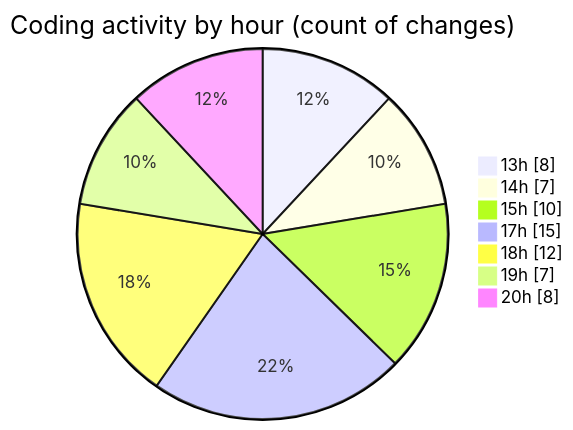
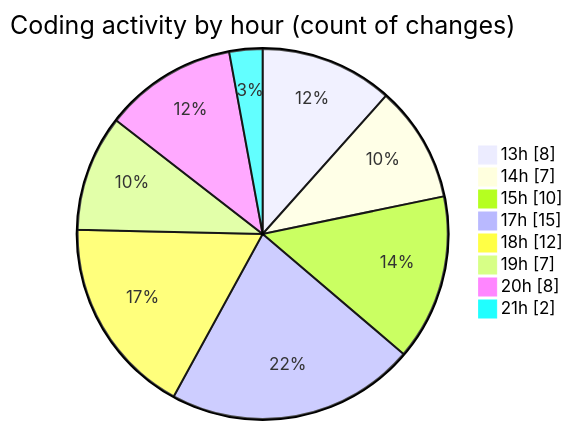
Before and after one commit to BS-eng2023/code-tracking: the second of 2 diagrams in 2025-04-03/jsvms/README.md, drawn with Mermaid. The commit also changed other lines of this file and 1 other file, not shown here.

````diff
--- a/2025-04-03/jsvms/README.md
+++ b/2025-04-03/jsvms/README.md
@@ -43,11 +43,12 @@
 ```mermaid
 pie showData
 title Coding activity by hour (count of changes)
 "13h" : 8
 "14h" : 7
 "15h" : 10
 "17h" : 15
 "18h" : 12
 "19h" : 7
 "20h" : 8
+"21h" : 2
 ```
````
